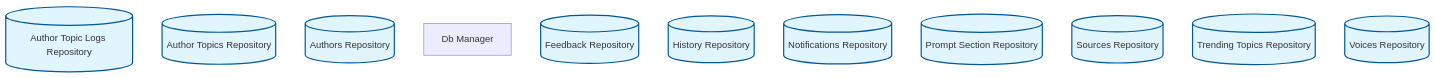
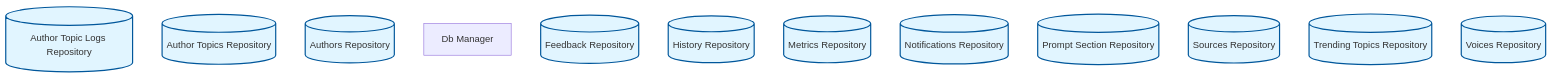
The eighth of 10 diagrams in docs/feature-report.md (rpnunez/wp-ai-scheduler), drawn with Mermaid before and after one commit. The commit also changed other lines of this file and 1 other file, not shown here.

````diff
--- a/docs/feature-report.md
+++ b/docs/feature-report.md
@@ -383,22 +387,23 @@
 ```mermaid
 flowchart TD
     %% Database Architecture
 
     Author_Topic_Logs_Repository[("Author Topic Logs Repository")]
     Author_Topics_Repository[("Author Topics Repository")]
     Authors_Repository[("Authors Repository")]
     DB_Manager["Db Manager"]
     Feedback_Repository[("Feedback Repository")]
     History_Repository[("History Repository")]
+    Metrics_Repository[("Metrics Repository")]
     Notifications_Repository[("Notifications Repository")]
     Prompt_Section_Repository[("Prompt Section Repository")]
     Sources_Repository[("Sources Repository")]
     Trending_Topics_Repository[("Trending Topics Repository")]
     Voices_Repository[("Voices Repository")]
 
 
     classDef repository fill:#e1f5ff,stroke:#01579b,stroke-width:2px
     classDef service fill:#fff3e0,stroke:#e65100,stroke-width:2px
     classDef controller fill:#f3e5f5,stroke:#4a148c,stroke-width:2px
-    class Author_Topic_Logs_Repository,Author_Topics_Repository,Authors_Repository,Feedback_Repository,History_Repository,Notifications_Repository,Prompt_Section_Repository,Sources_Repository,Trending_Topics_Repository,Voices_Repository repository
+    class Author_Topic_Logs_Repository,Author_Topics_Repository,Authors_Repository,Feedback_Repository,History_Repository,Metrics_Repository,Notifications_Repository,Prompt_Section_Repository,Sources_Repository,Trending_Topics_Repository,Voices_Repository repository
 ```
````
